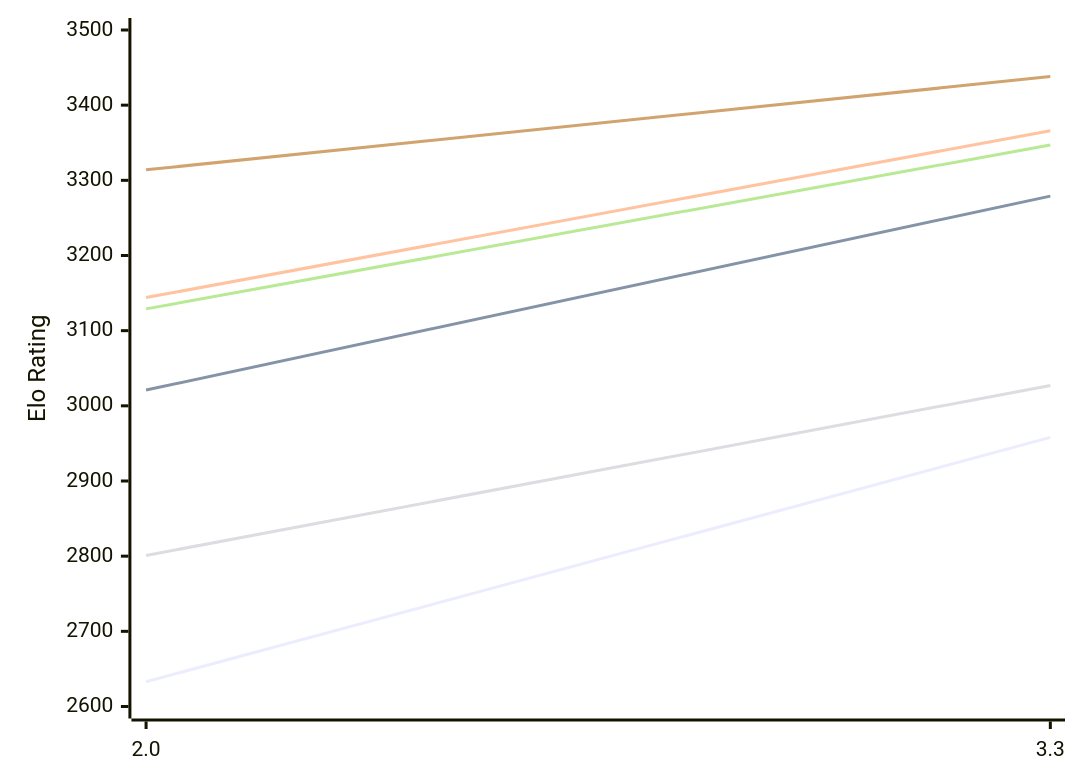
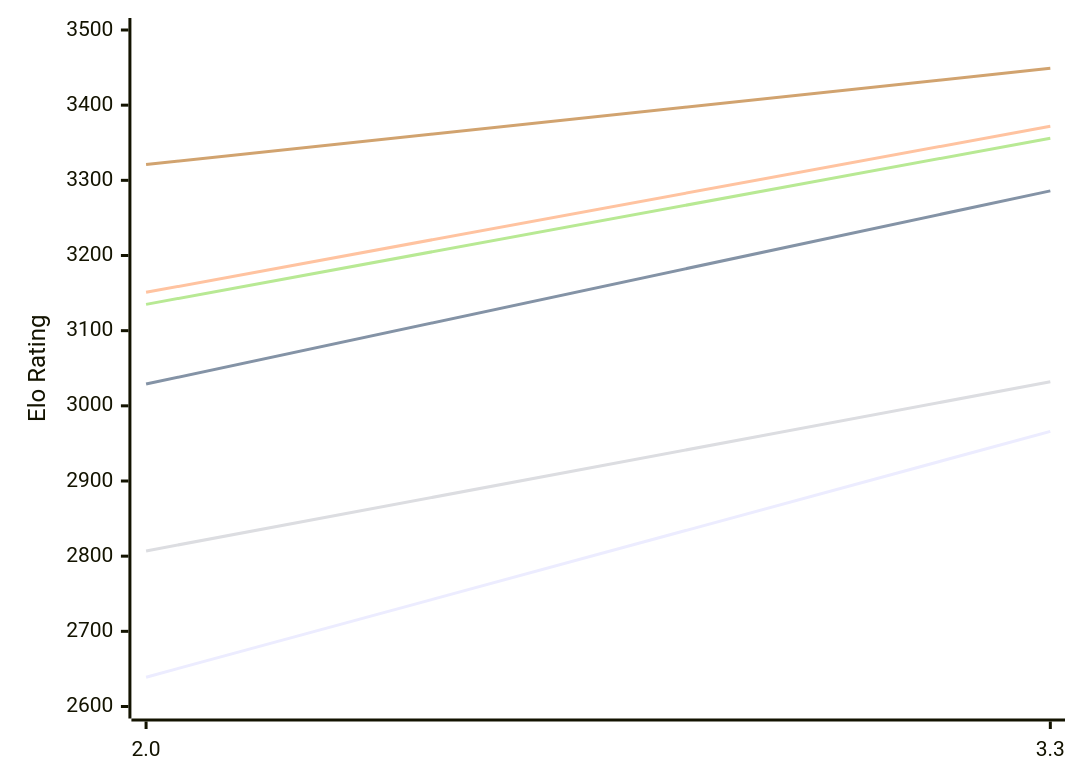
Before and after one commit to computer-chess-index/cci: the first of 2 diagrams in engines/Ceylondemon.md, drawn with Mermaid. The commit also changed other lines of this file, not shown here.

Commit message:
Update CCI Ratings (ELO VLTC) - 2026-11-03

````diff
--- a/engines/Ceylondemon.md
+++ b/engines/Ceylondemon.md
@@ -50,12 +50,12 @@
 ```mermaid
 %%{init: {"theme":"base","themeVariables":{"seriesColors:['#a3a3a3','#222221','#faa371']}}}%%
 xychart-beta
   x-axis ["2.0", "3.3"]
   y-axis "Elo Rating" 2600 --> 3500
-  line "E1: STC (8.0+0.08s)" [2633, 2958]
-  line "E1: LTC (60.0+0.60s)" [3021, 3279]
-  line "E1: VLTC (2m24s+1.12s)" [3144, 3366]
-  line "P1: STC (8.0+0.08s)" [2801, 3027]
-  line "P1: LTC (60.0+0.60s)" [3129, 3347]
-  line "P1: VLTC (2m24s+1.12s)" [3314, 3438]
+  line "E1: STC (8.0+0.08s)" [2639, 2966]
+  line "E1: LTC (60.0+0.60s)" [3029, 3286]
+  line "E1: VLTC (2m24s+1.12s)" [3151, 3372]
+  line "P1: STC (8.0+0.08s)" [2807, 3032]
+  line "P1: LTC (60.0+0.60s)" [3135, 3356]
+  line "P1: VLTC (2m24s+1.12s)" [3321, 3449]
 ```
````
